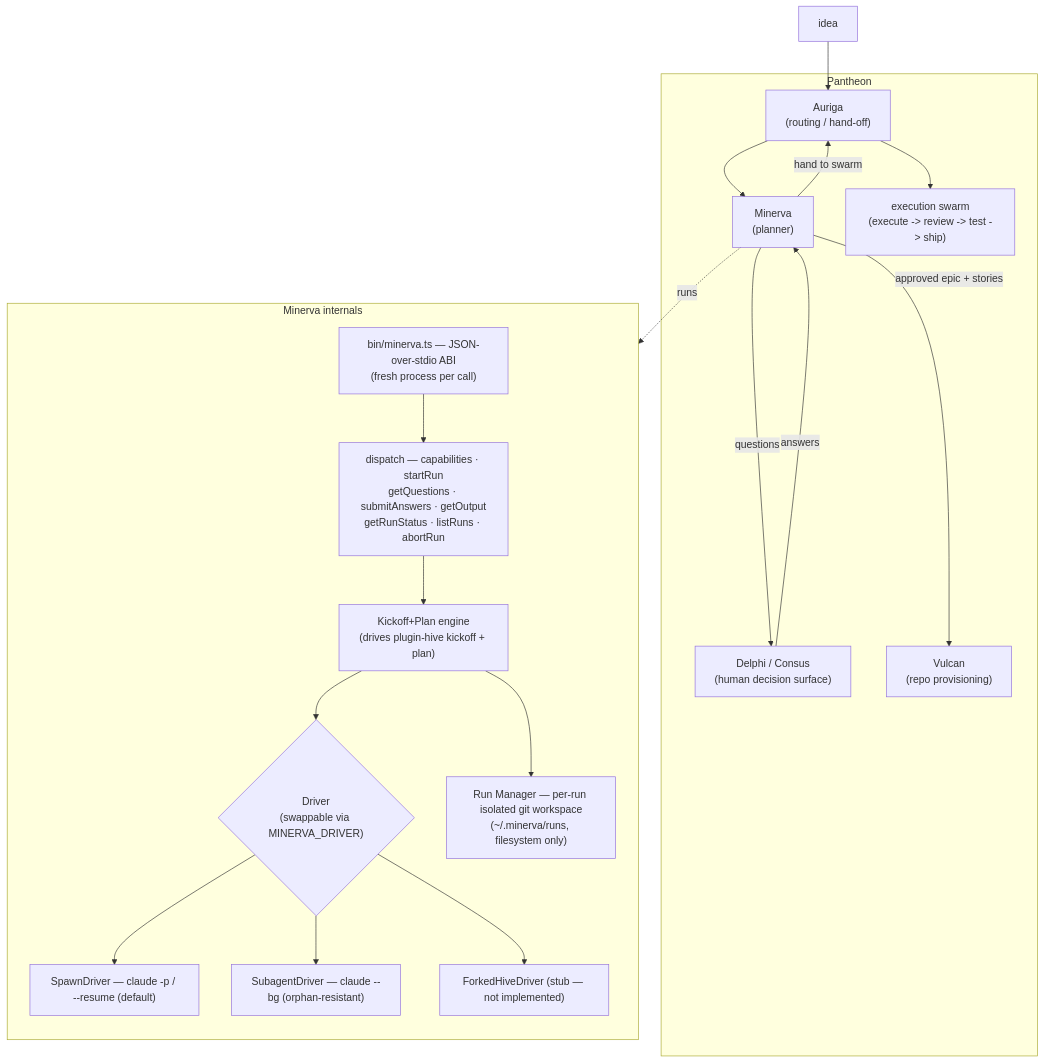
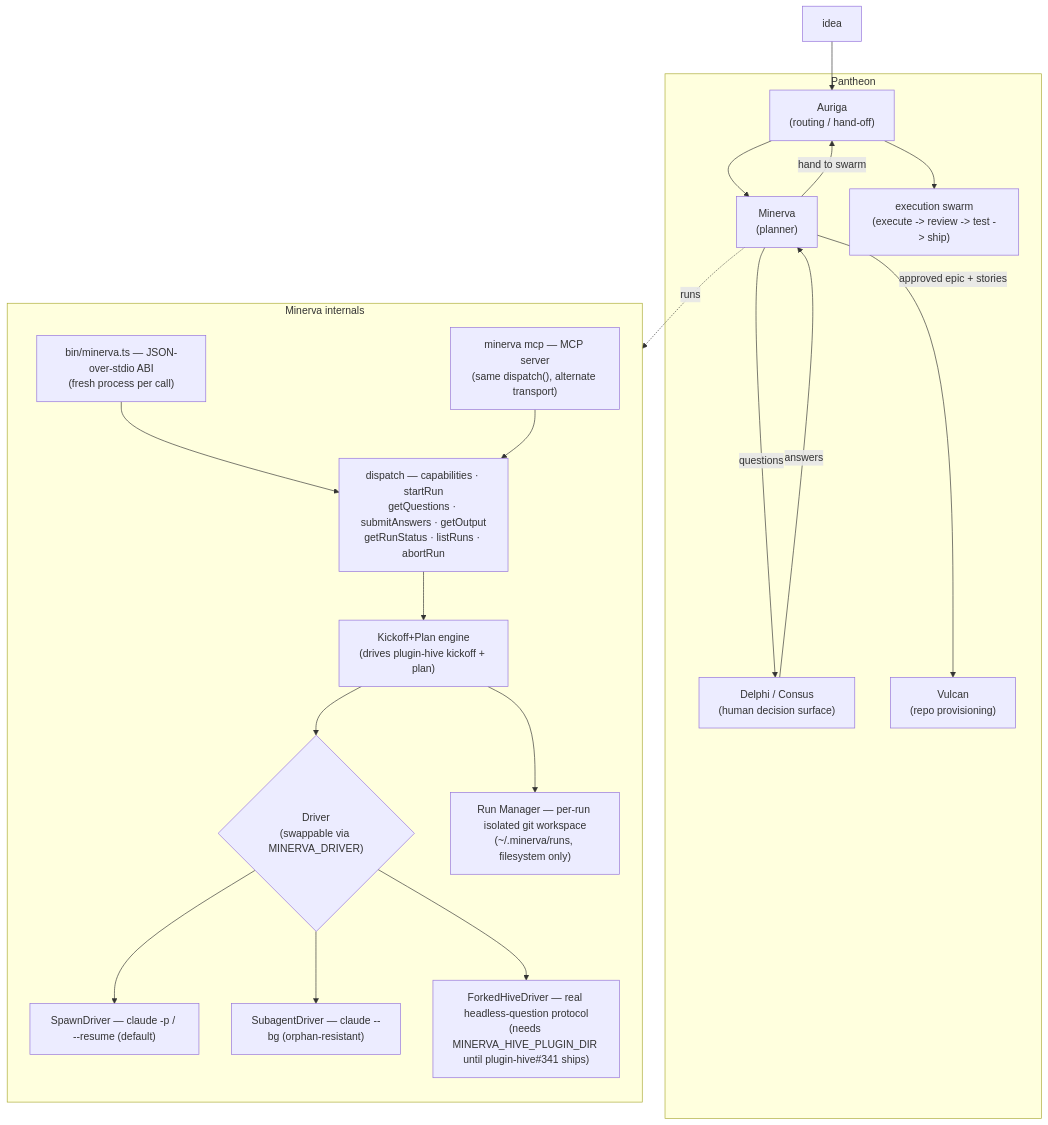
One commit to mdostal/minerva changed the diagram in README.md. Above: the diagram before and after it, drawn with Mermaid. The commit also changed other lines of this file and 3 other files, not shown here.

````diff
--- a/README.md
+++ b/README.md
@@ -34,36 +52,39 @@
 ```mermaid
 flowchart TB
     idea["idea"] --> auriga
 
     subgraph pantheon["Pantheon"]
         auriga["Auriga\n(routing / hand-off)"]
         minerva["Minerva\n(planner)"]
         surface["Delphi / Consus\n(human decision surface)"]
         vulcan["Vulcan\n(repo provisioning)"]
         swarm["execution swarm\n(execute -> review -> test -> ship)"]
     end
 
     auriga --> minerva
     minerva -->|questions| surface
     surface -->|answers| minerva
     minerva -->|approved epic + stories| vulcan
     minerva -->|hand to swarm| auriga --> swarm
 
     subgraph internals["Minerva internals"]
         direction TB
         cli["bin/minerva.ts — JSON-over-stdio ABI\n(fresh process per call)"]
+        mcp["minerva mcp — MCP server\n(same dispatch(), alternate transport)"]
         dispatch["dispatch — capabilities · startRun\ngetQuestions · submitAnswers · getOutput\ngetRunStatus · listRuns · abortRun"]
         engine["Kickoff+Plan engine\n(drives plugin-hive kickoff + plan)"]
         driver{"Driver\n(swappable via MINERVA_DRIVER)"}
         spawn["SpawnDriver — claude -p / --resume (default)"]
         subagent["SubagentDriver — claude --bg (orphan-resistant)"]
-        forked["ForkedHiveDriver (stub — not implemented)"]
+        forked["ForkedHiveDriver — real headless-question protocol\n(needs MINERVA_HIVE_PLUGIN_DIR until plugin-hive#341 ships)"]
         rm["Run Manager — per-run isolated git workspace\n(~/.minerva/runs, filesystem only)"]
 
-        cli --> dispatch --> engine --> driver
+        cli --> dispatch
+        mcp --> dispatch
+        dispatch --> engine --> driver
         driver --> spawn & subagent & forked
         engine --> rm
     end
 
     minerva -.runs.-> cli
 ```
````
